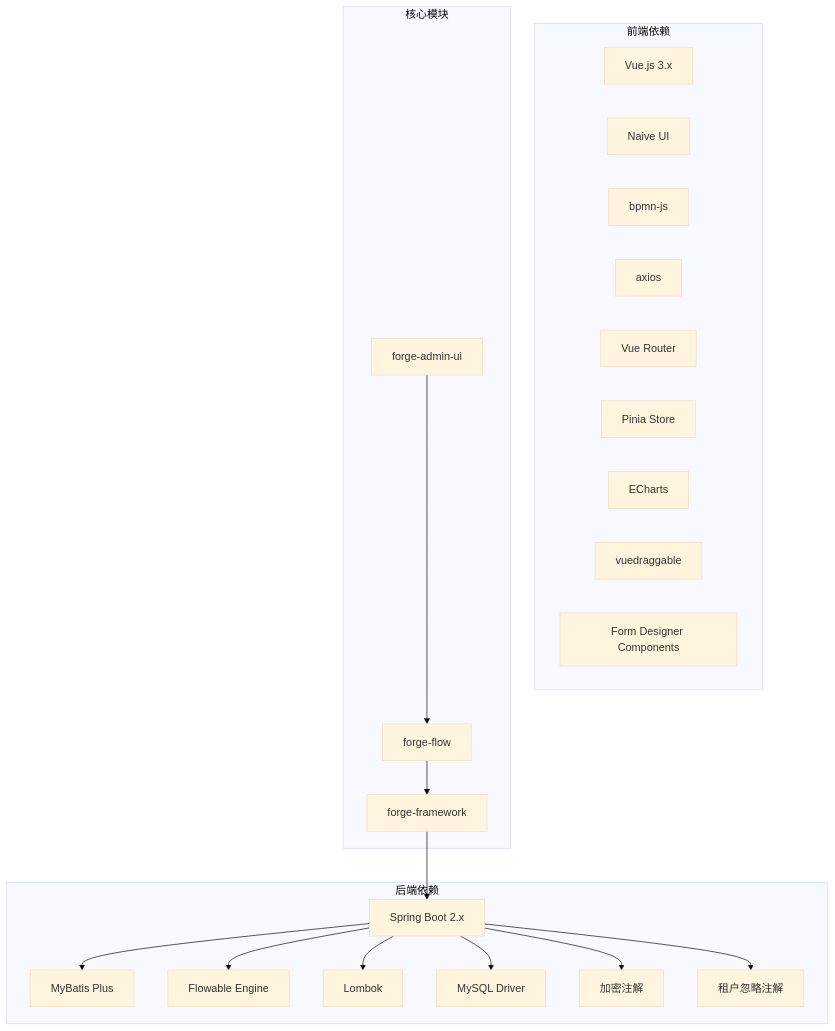
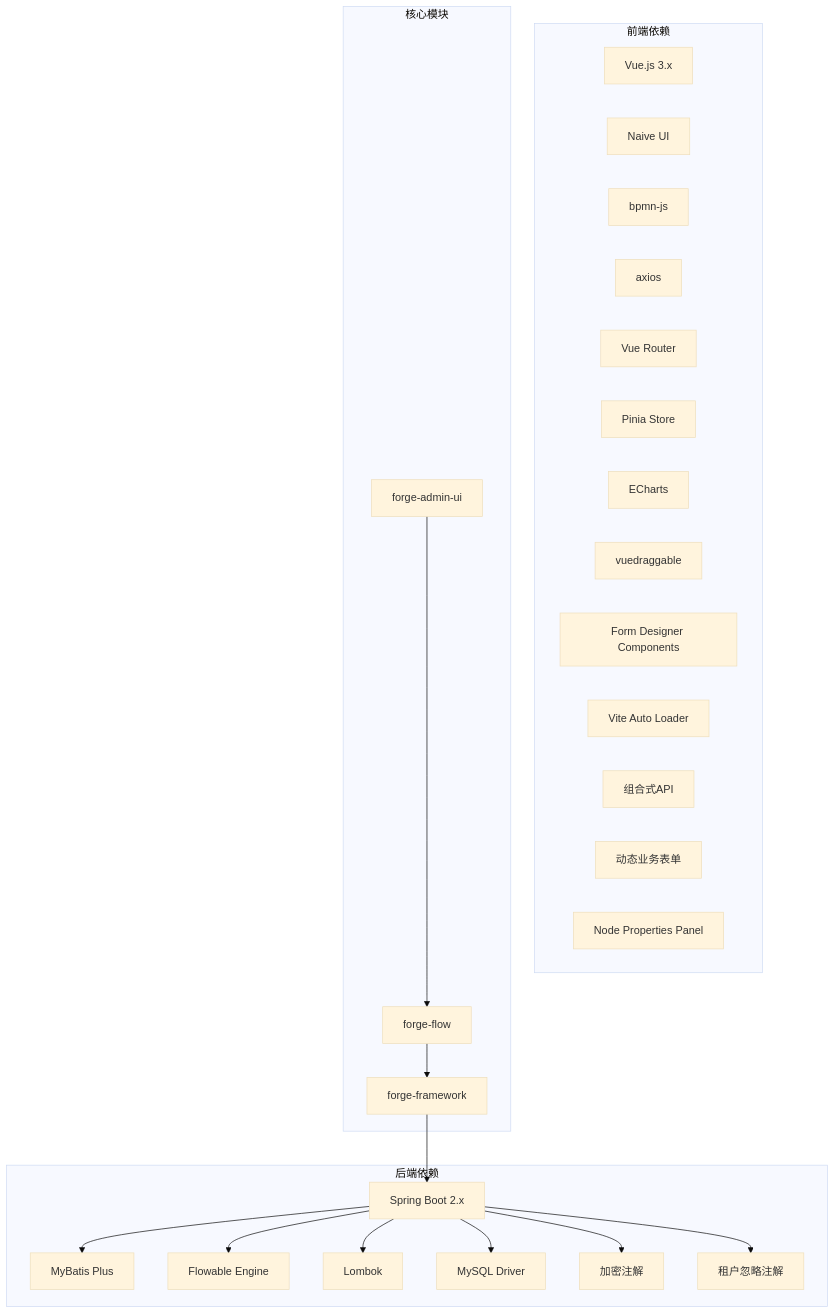
One commit to yaomindong1996/forge-admin changed the ninth of 11 diagrams in .qoder/repowiki/zh/content/前端框架详解/前端工作流组件.md. Above: the diagram before and after it, drawn with Mermaid (base theme). The commit also changed other lines of this file and 76 other files, not shown here.

````diff
--- a/.qoder/repowiki/zh/content/前端框架详解/前端工作流组件.md
+++ b/.qoder/repowiki/zh/content/前端框架详解/前端工作流组件.md
@@ -618,37 +626,41 @@
 ```mermaid
 graph TB
 subgraph "前端依赖"
 A[Vue.js 3.x]
 B[Naive UI]
 C[bpmn-js]
 D[axios]
 E[Vue Router]
 F[Pinia Store]
 G[ECharts]
 H[vuedraggable]
 I[Form Designer Components]
+J[Vite Auto Loader]
+K[组合式API]
+L[动态业务表单]
+M[Node Properties Panel]
 end
 subgraph "后端依赖"
-J[Spring Boot 2.x]
-K[MyBatis Plus]
-L[Flowable Engine]
-M[Lombok]
-N[MySQL Driver]
-O[加密注解]
-P[租户忽略注解]
+N[Spring Boot 2.x]
+O[MyBatis Plus]
+P[Flowable Engine]
+Q[Lombok]
+R[MySQL Driver]
+S[加密注解]
+T[租户忽略注解]
 end
 subgraph "核心模块"
-Q[forge-flow]
-R[forge-framework]
-S[forge-admin-ui]
+U[forge-flow]
+V[forge-framework]
+W[forge-admin-ui]
 end
-S --> Q
-Q --> R
-R --> J
-J --> K
-J --> L
-J --> O
-J --> P
-J --> M
-J --> N
+W --> U
+U --> V
+V --> N
+N --> O
+N --> P
+N --> S
+N --> T
+N --> Q
+N --> R
 ```
````
